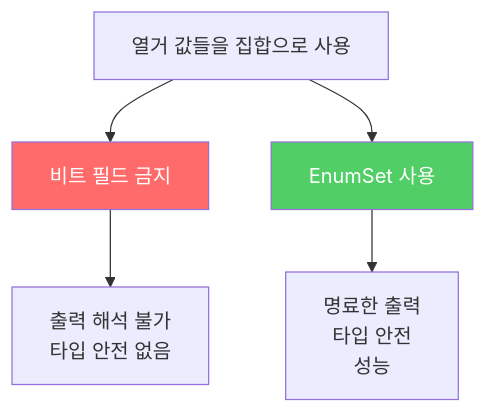
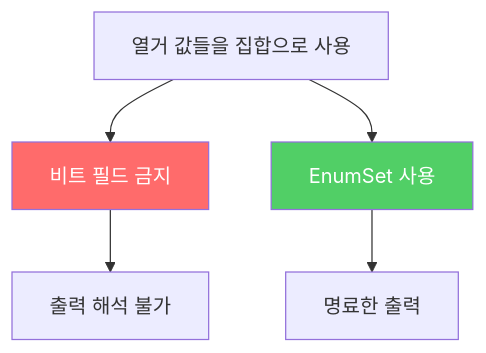
One commit to yjkim2015/yjkim2015.github.io changed the fourth of 4 diagrams in _posts/java/2022-01-14-effective-java36.md. Above: the diagram before and after it, drawn with Mermaid. The commit also changed other lines of this file and 217 other files, not shown here.

First line of the commit message:
Mermaid 크기 수정: useMaxWidth:true + SVG max-width:100% + 라벨 축소

````diff
--- a/_posts/java/2022-01-14-effective-java36.md
+++ b/_posts/java/2022-01-14-effective-java36.md
@@ -131,9 +131,9 @@
 ```mermaid
 graph TD
     A["열거 값들을 집합으로 사용"] --> B["비트 필드 금지"]
     A --> C["EnumSet 사용"]
-    B --> D["출력 해석 불가\n타입 안전 없음"]
-    C --> E["명료한 출력\n타입 안전\n성능"]
+    B --> D["출력 해석 불가"]
+    C --> E["명료한 출력"]
     style B fill:#ff6b6b,color:#fff
     style C fill:#51cf66,color:#fff
 ```
````
